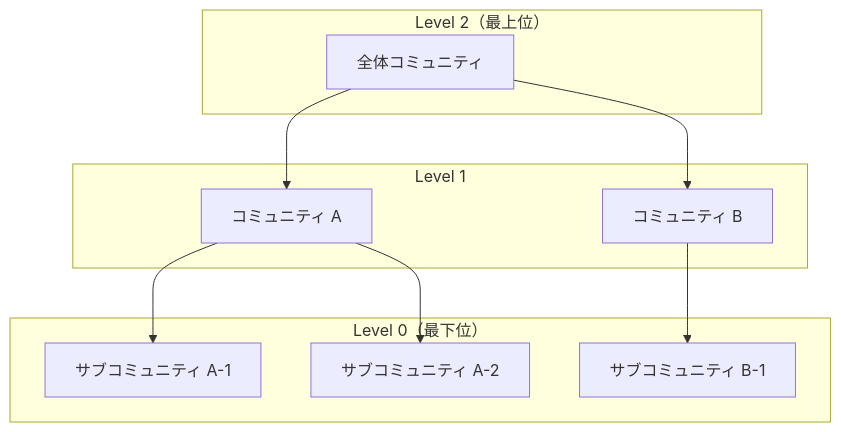
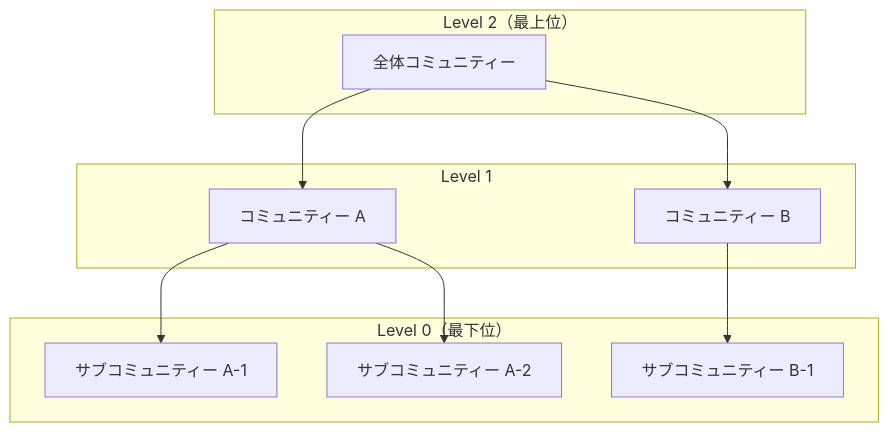
The second of 5 diagrams in content/blog/ja/graphrag.mdx (yoichiozaki/yoichiozaki.github.io), drawn with Mermaid before and after one commit. The commit also changed other lines of this file and 117 other files, not shown here.

````diff
--- a/content/blog/ja/graphrag.mdx
+++ b/content/blog/ja/graphrag.mdx
@@ -166,20 +166,20 @@
 ```mermaid
 graph TD
     subgraph Level2["Level 2（最上位）"]
-        C0[全体コミュニティ]
+        C0[全体コミュニティー]
     end
     subgraph Level1["Level 1"]
-        C1[コミュニティ A]
-        C2[コミュニティ B]
+        C1[コミュニティー A]
+        C2[コミュニティー B]
     end
     subgraph Level0["Level 0（最下位）"]
-        C3[サブコミュニティ A-1]
-        C4[サブコミュニティ A-2]
-        C5[サブコミュニティ B-1]
+        C3[サブコミュニティー A-1]
+        C4[サブコミュニティー A-2]
+        C5[サブコミュニティー B-1]
     end
     C0 --> C1
     C0 --> C2
     C1 --> C3
     C1 --> C4
     C2 --> C5
 ```
````
